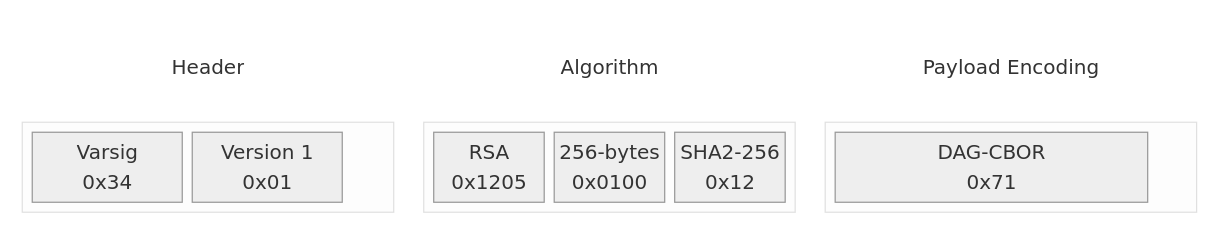
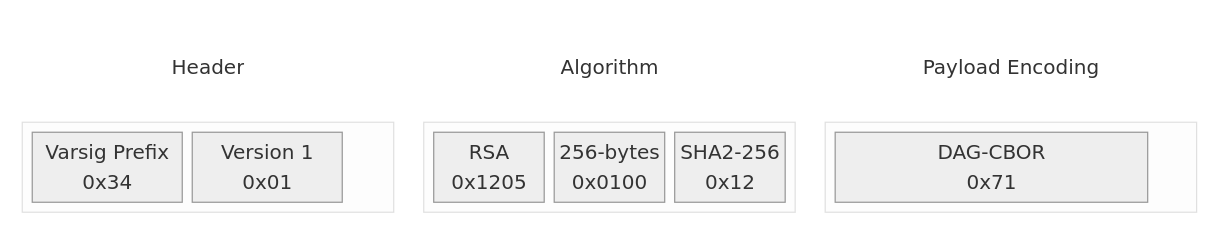
Before and after one commit to ChainAgnostic/varsig: the second of 3 diagrams in README.md, drawn with Mermaid (neutral theme). The commit also changed other lines of this file and 1 other file, not shown here.

````diff
--- a/README.md
+++ b/README.md
@@ -266,49 +258,49 @@
 ```mermaid
 block-beta
     block:Header
         columns 1
     
         vsig_header["Header"]
     
         block:HeaderBody
             columns 2
     
-            prefix["Varsig\n0x34"]
+            prefix["Varsig Prefix\n0x34"]
             version["Version 1\n0x01"]
         end
     end
     
     block:Algo
         columns 1
     
         algo_header["Algorithm"]
     
         block:AlgoBody
             rsa["RSA\n0x1205"]
             len["256-bytes\n0x0100"]
             sha2_256["SHA2-256\n0x12"]
         end
     end
     
     block:Encoding
         columns 1
     
         encoding_header["Payload Encoding"]
     
         block:EncodingBody
             dag_cbor["DAG-CBOR\n0x71"]
         end
     end
     
     style Header fill:none;stroke:none;
     style vsig_header fill:none;stroke:none;
     
     style Algo fill:none;stroke:none;
     style algo_header fill:none;stroke:none;
     
     style Encoding fill:none;stroke:none;
     style encoding_header fill:none;stroke:none;
     
     style prefix width:120;
     style dag_cbor width:250;
 ```
````
